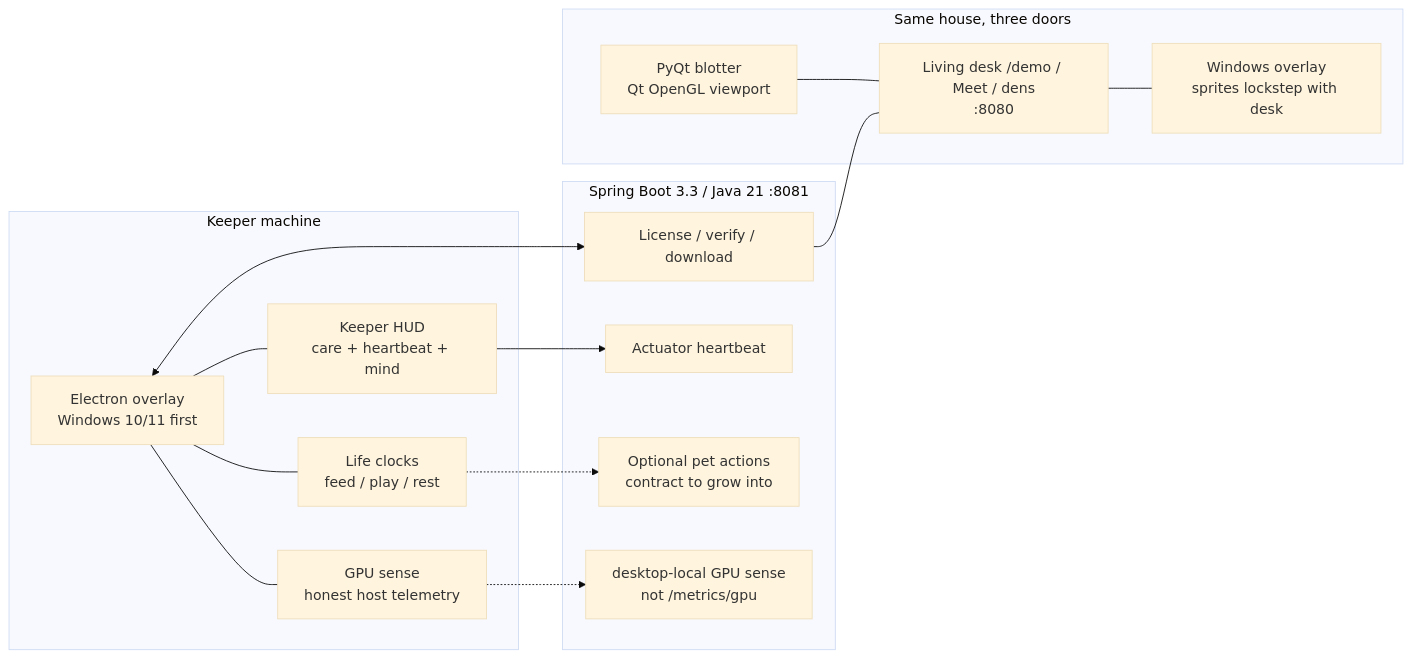
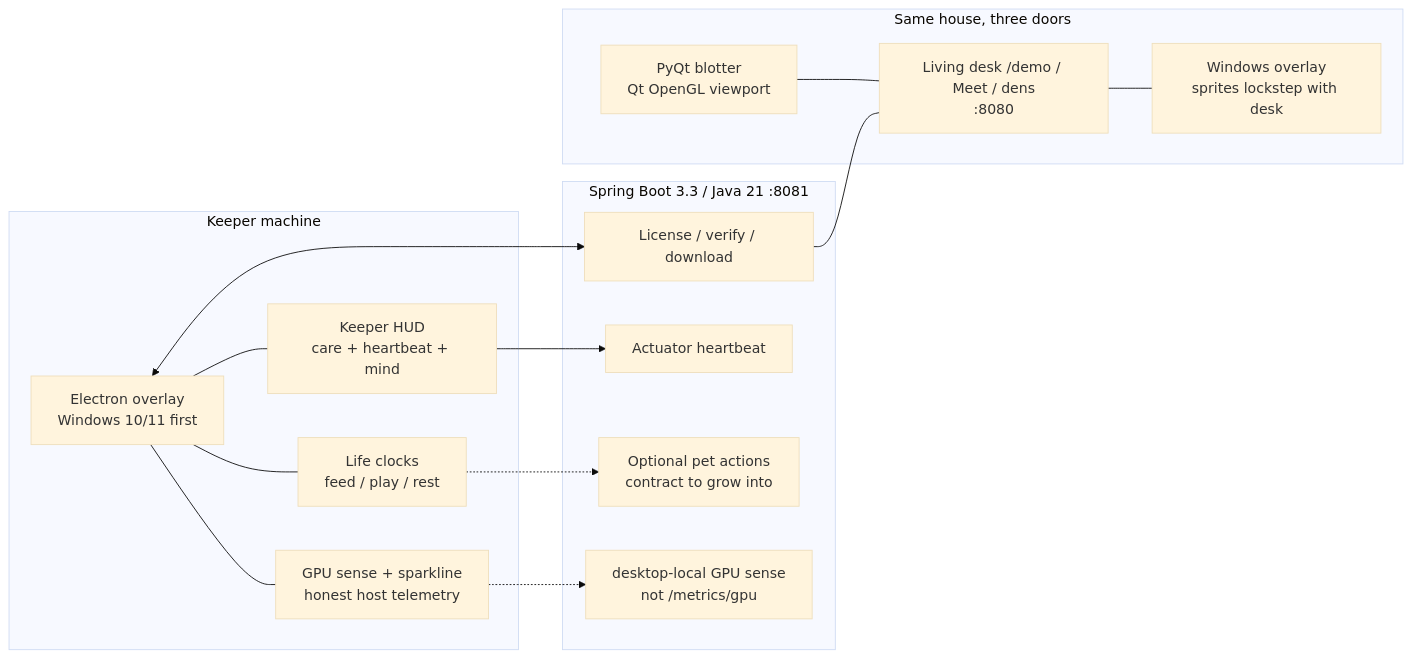
The fourth of 4 diagrams in docs/ARCHITECTURE.md (RicheyWorks/computerpets), drawn with Mermaid (base theme) before and after one commit. The commit also changed other lines of this file and 20 other files, not shown here.

First line of the commit message:
Draw a GPU sparkline only from fresh read samples. (#1377)

````diff
--- a/docs/ARCHITECTURE.md
+++ b/docs/ARCHITECTURE.md
@@ -744,33 +744,33 @@
 ```mermaid
 flowchart LR
     subgraph Keeper["Keeper machine"]
         OV[Electron overlay<br/>Windows 10/11 first]
-        GPU[GPU sense<br/>honest host telemetry]
+        GPU[GPU sense + sparkline<br/>honest host telemetry]
         LIFE[Life clocks<br/>feed / play / rest]
         HUD[Keeper HUD<br/>care + heartbeat + mind]
     end
 
     subgraph House["Spring Boot 3.3 / Java 21 :8081"]
         LIC[License / verify / download]
         ACT[Actuator heartbeat]
         CARE[Optional pet actions<br/>contract to grow into]
         MET["desktop-local GPU sense<br/>not /metrics/gpu"]
     end
 
     subgraph Doors["Same house, three doors"]
         DESK[Living desk /demo / Meet / dens<br/>:8080]
         BLOT[PyQt blotter<br/>Qt OpenGL viewport]
         OV2[Windows overlay<br/>sprites lockstep with desk]
     end
 
     OV --- GPU
     OV --- LIFE
     OV --- HUD
     OV <--> LIC
     HUD --> ACT
     LIFE -.-> CARE
     GPU -.-> MET
     DESK --- OV2
     BLOT --- DESK
     LIC --- DESK
 ```
````
